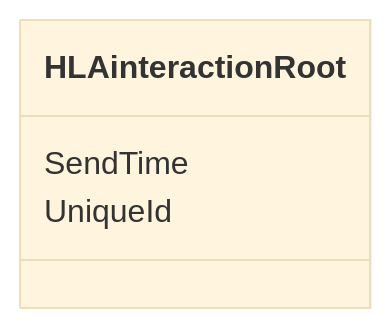
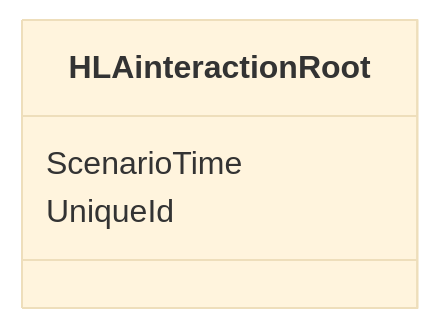
One commit to AMSP-04/NETN-BASE changed the second of 2 diagrams in NETN-BASE.md. Above: the diagram before and after it, drawn with Mermaid (base theme). The commit also changed other lines of this file and 1 other file, not shown here.

````diff
--- a/NETN-BASE.md
+++ b/NETN-BASE.md
@@ -59,6 +59,6 @@
 ```mermaid
 classDiagram 
 direction LR
-HLAinteractionRoot : SendTime
+HLAinteractionRoot : ScenarioTime
 HLAinteractionRoot : UniqueId
 ```
````
